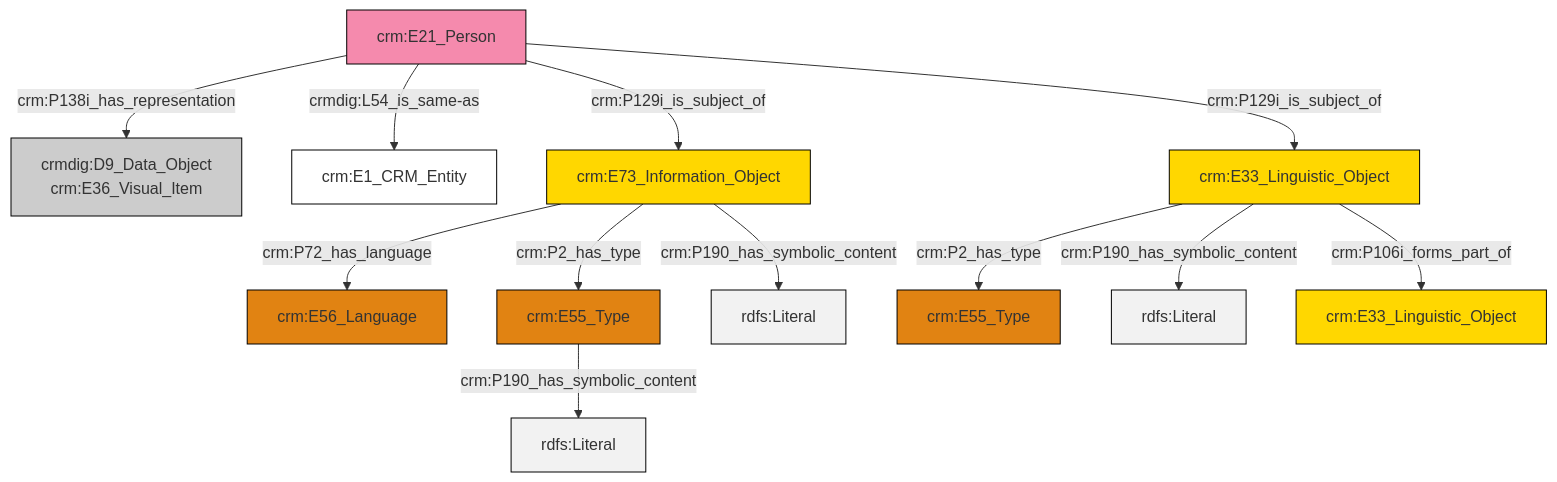
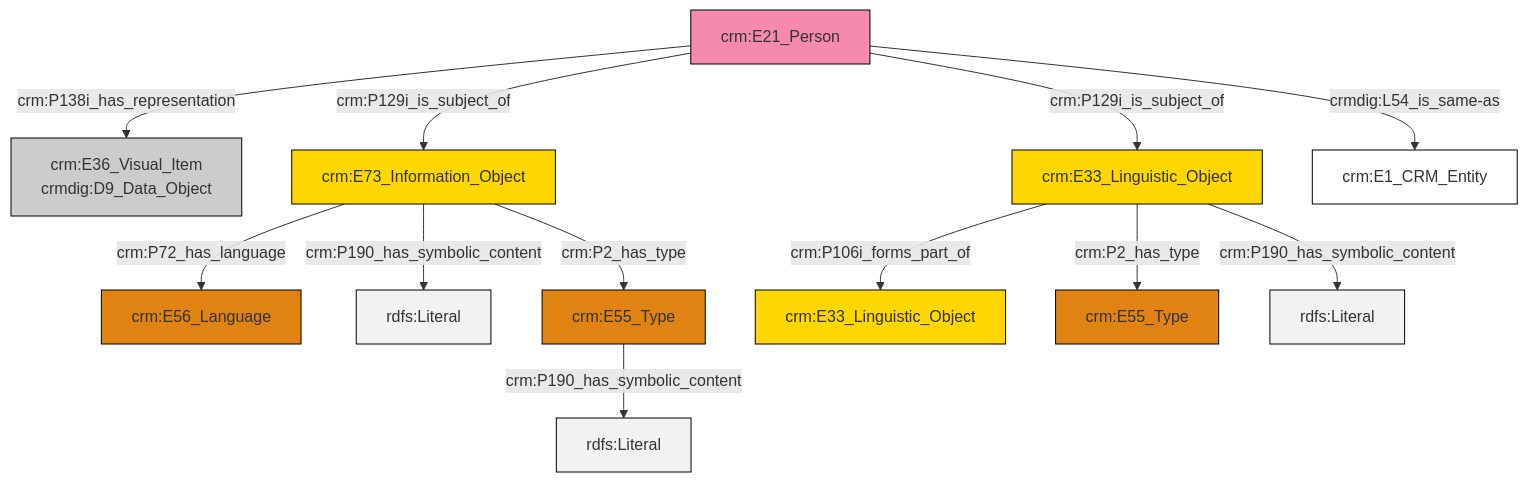
Before and after one commit to swiss-art-research-net/reference-data-models: the diagram in et/personCSV/ttl/mmd/Person_Documentation.ttl.mmd, drawn with Mermaid. The commit also changed 128 other files, not shown here.

```diff
--- a/et/personCSV/ttl/mmd/Person_Documentation.ttl.mmd
+++ b/et/personCSV/ttl/mmd/Person_Documentation.ttl.mmd
@@ -1,26 +1,26 @@
 graph TD
 classDef Literal fill:#f2f2f2,stroke:#000000;
 classDef CRM_Entity fill:#FFFFFF,stroke:#000000;
 classDef Temporal_Entity fill:#00C9E6, stroke:#000000;
 classDef Type fill:#E18312, stroke:#000000;
 classDef Time-Span fill:#2C9C91, stroke:#000000;
 classDef Appellation fill:#FFEB7F, stroke:#000000;
 classDef Place fill:#008836, stroke:#000000;
 classDef Persistent_Item fill:#B266B2, stroke:#000000;
 classDef Conceptual_Object fill:#FFD700, stroke:#000000;
 classDef Physical_Thing fill:#D2B48C, stroke:#000000;
 classDef Actor fill:#f58aad, stroke:#000000;
 classDef PC_Classes fill:#4ce600, stroke:#000000;
 classDef Multi fill:#cccccc,stroke:#000000;
 
-2["crm:E21_Person"]:::Actor -->|crm:P138i_has_representation| 3["crmdig:D9_Data_Object<br>crm:E36_Visual_Item"]:::Multi
+0["crm:E55_Type"]:::Type -->|crm:P190_has_symbolic_content| 1[rdfs:Literal]:::Literal
+2["crm:E21_Person"]:::Actor -->|crm:P138i_has_representation| 3["crm:E36_Visual_Item<br>crmdig:D9_Data_Object"]:::Multi
+6["crm:E33_Linguistic_Object"]:::Conceptual_Object -->|crm:P106i_forms_part_of| 7["crm:E33_Linguistic_Object"]:::Conceptual_Object
+2["crm:E21_Person"]:::Actor -->|crm:P129i_is_subject_of| 8["crm:E73_Information_Object"]:::Conceptual_Object
+8["crm:E73_Information_Object"]:::Conceptual_Object -->|crm:P72_has_language| 4["crm:E56_Language"]:::Type
 2["crm:E21_Person"]:::Actor -->|crm:P129i_is_subject_of| 6["crm:E33_Linguistic_Object"]:::Conceptual_Object
-10["crm:E73_Information_Object"]:::Conceptual_Object -->|crm:P2_has_type| 8["crm:E55_Type"]:::Type
-2["crm:E21_Person"]:::Actor -->|crm:P129i_is_subject_of| 10["crm:E73_Information_Object"]:::Conceptual_Object
-2["crm:E21_Person"]:::Actor -->|crmdig:L54_is_same-as| 4["crm:E1_CRM_Entity"]:::CRM_Entity
-10["crm:E73_Information_Object"]:::Conceptual_Object -->|crm:P190_has_symbolic_content| 12[rdfs:Literal]:::Literal
-8["crm:E55_Type"]:::Type -->|crm:P190_has_symbolic_content| 13[rdfs:Literal]:::Literal
-10["crm:E73_Information_Object"]:::Conceptual_Object -->|crm:P72_has_language| 0["crm:E56_Language"]:::Type
-6["crm:E33_Linguistic_Object"]:::Conceptual_Object -->|crm:P2_has_type| 15["crm:E55_Type"]:::Type
-6["crm:E33_Linguistic_Object"]:::Conceptual_Object -->|crm:P190_has_symbolic_content| 16[rdfs:Literal]:::Literal
-6["crm:E33_Linguistic_Object"]:::Conceptual_Object -->|crm:P106i_forms_part_of| 20["crm:E33_Linguistic_Object"]:::Conceptual_Object
+2["crm:E21_Person"]:::Actor -->|crmdig:L54_is_same-as| 10["crm:E1_CRM_Entity"]:::CRM_Entity
+6["crm:E33_Linguistic_Object"]:::Conceptual_Object -->|crm:P2_has_type| 11["crm:E55_Type"]:::Type
+8["crm:E73_Information_Object"]:::Conceptual_Object -->|crm:P190_has_symbolic_content| 15[rdfs:Literal]:::Literal
+8["crm:E73_Information_Object"]:::Conceptual_Object -->|crm:P2_has_type| 0["crm:E55_Type"]:::Type
+6["crm:E33_Linguistic_Object"]:::Conceptual_Object -->|crm:P190_has_symbolic_content| 21[rdfs:Literal]:::Literal
```
